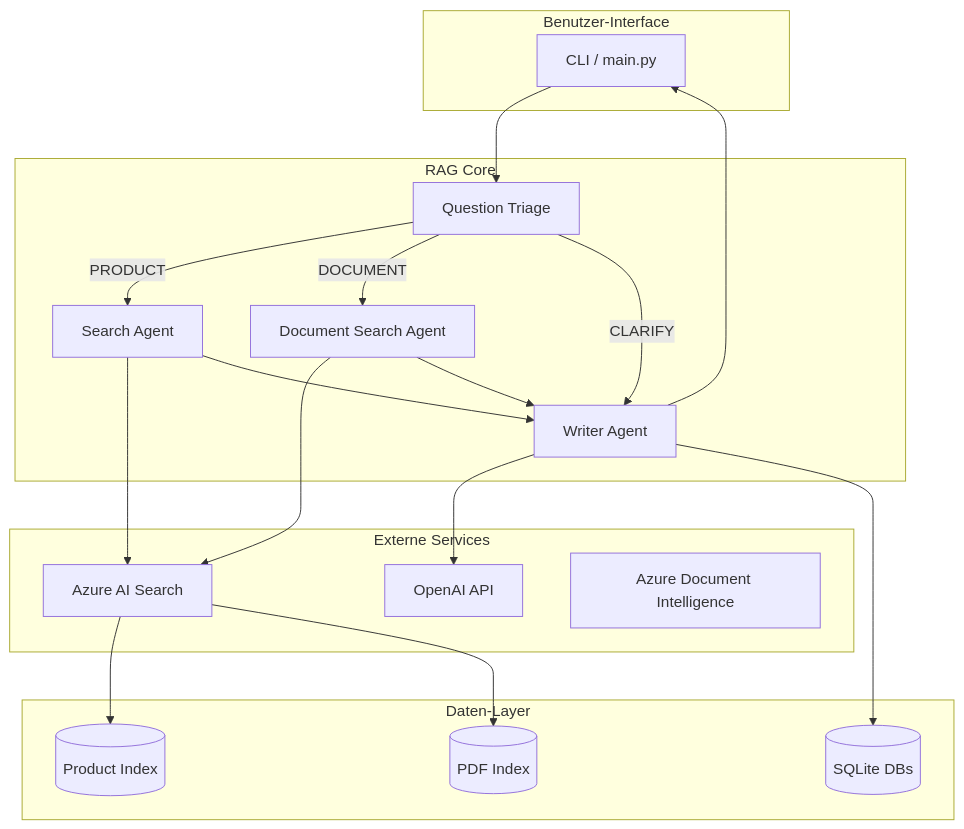
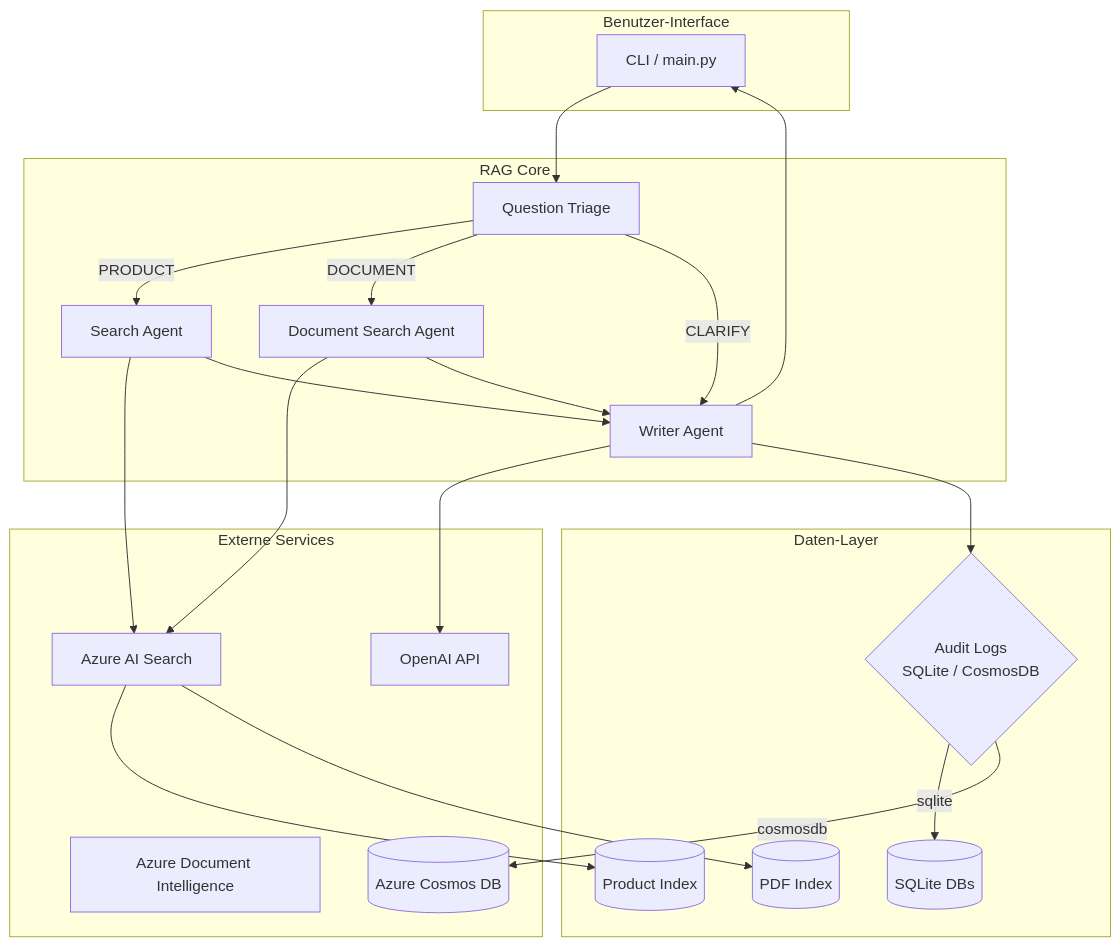
The first of 14 diagrams in ARCHITECTURE.md (LR-Argentino/RagForEnterprise), drawn with Mermaid before and after one commit. The commit also changed other lines of this file and 12 other files, not shown here.

Commit message:
add CosmosDB integration; implement async client and configure audit logging backend

````diff
--- a/ARCHITECTURE.md
+++ b/ARCHITECTURE.md
@@ -90,44 +94,48 @@
 ```mermaid
 graph TB
     subgraph "Benutzer-Interface"
         CLI[CLI / main.py]
     end
 
     subgraph "RAG Core"
         TRIAGE[Question Triage]
         SEARCH_AGENT[Search Agent]
         DOC_AGENT[Document Search Agent]
         WRITER[Writer Agent]
     end
 
     subgraph "Externe Services"
         OPENAI[OpenAI API]
         AZURE_SEARCH[Azure AI Search]
         DOC_INTEL[Azure Document Intelligence]
+        COSMOS[(Azure Cosmos DB)]
     end
 
     subgraph "Daten-Layer"
         PRODUCT_IDX[(Product Index)]
         PDF_IDX[(PDF Index)]
         SQLITE[(SQLite DBs)]
+        AUDIT{Audit Logs<br/>SQLite / CosmosDB}
     end
 
     CLI --> TRIAGE
     TRIAGE -->|PRODUCT| SEARCH_AGENT
     TRIAGE -->|DOCUMENT| DOC_AGENT
     TRIAGE -->|CLARIFY| WRITER
 
     SEARCH_AGENT --> AZURE_SEARCH
     DOC_AGENT --> AZURE_SEARCH
 
     AZURE_SEARCH --> PRODUCT_IDX
     AZURE_SEARCH --> PDF_IDX
 
     SEARCH_AGENT --> WRITER
     DOC_AGENT --> WRITER
 
     WRITER --> OPENAI
     WRITER --> CLI
 
-    WRITER --> SQLITE
+    WRITER --> AUDIT
+    AUDIT -->|sqlite| SQLITE
+    AUDIT -->|cosmosdb| COSMOS
 ```
````
